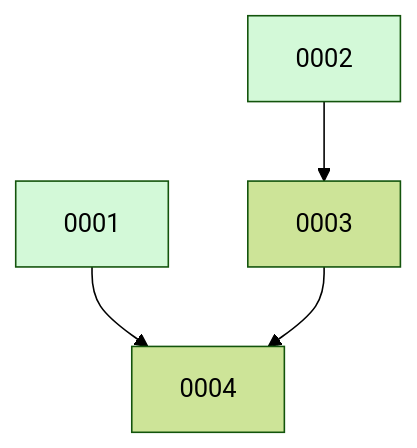
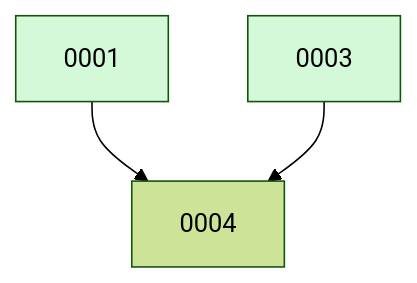
One commit to ethanhinson/codeindex changed the diagram in docs/changes/BOARD.md. Above: the diagram before and after it, drawn with Mermaid (forest theme). The commit also changed other lines of this file, not shown here.

````diff
--- a/docs/changes/BOARD.md
+++ b/docs/changes/BOARD.md
@@ -17,9 +11,8 @@
 ```mermaid
 graph TD
-  0002 --> 0003
   0001 --> 0004
   0003 --> 0004
   0001:::done
-  0002:::done
+  0003:::done
   classDef done fill:#d3f9d8;
 ```
````
